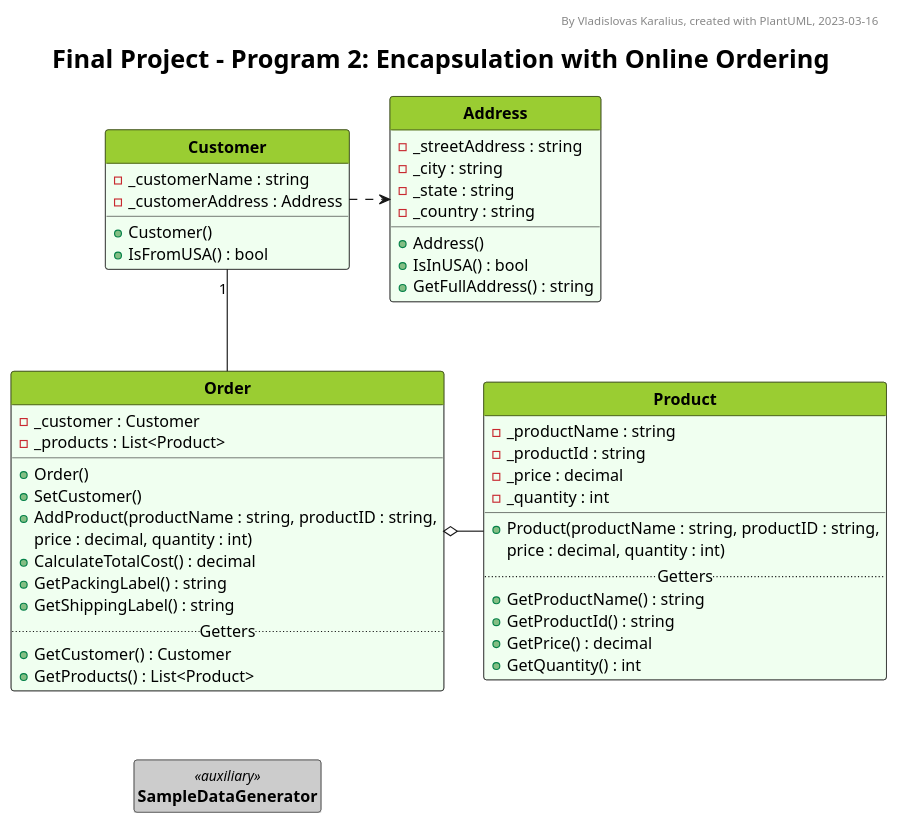
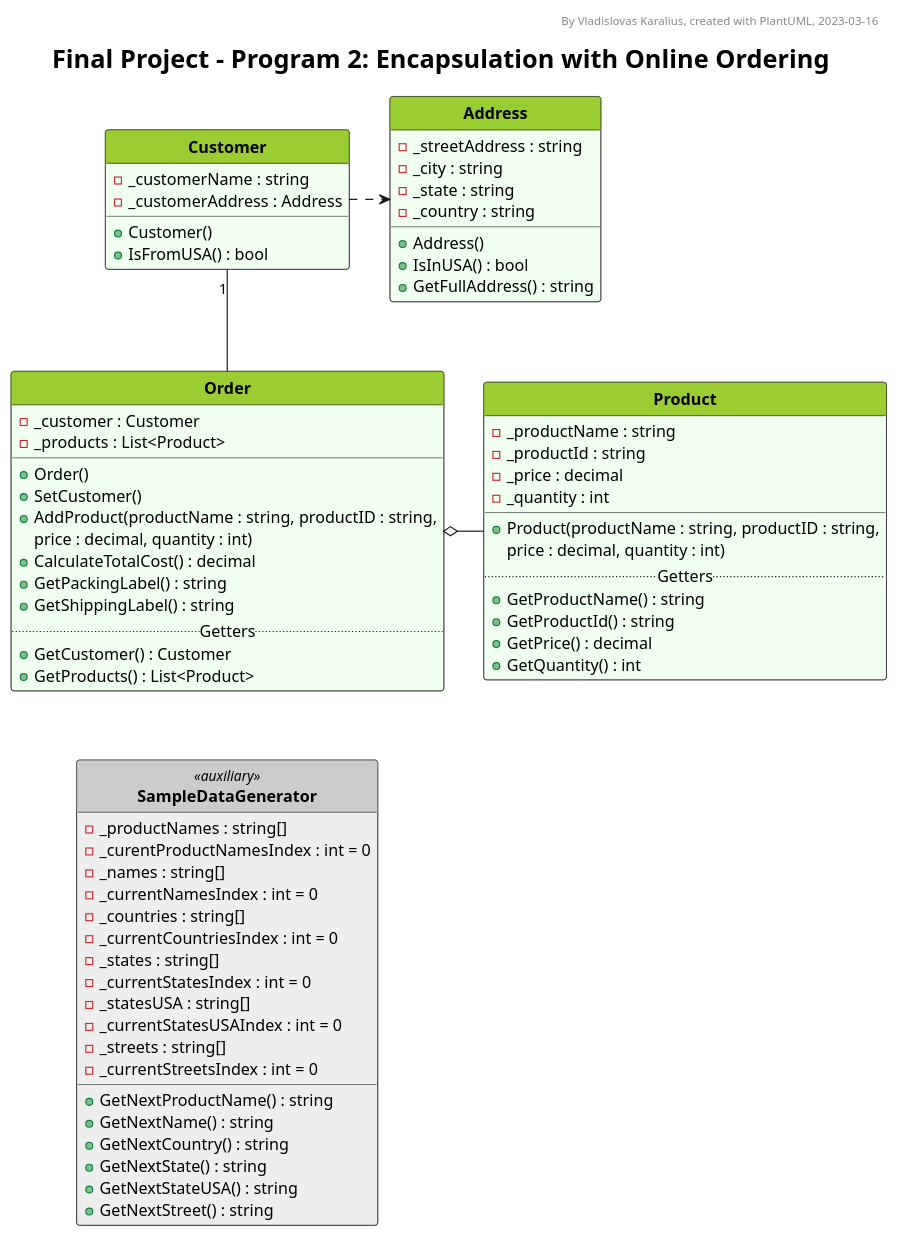
One commit to VladKaralius/cse210-projects changed the diagram in final/Foundation2/UML_diagram.pu. Above: the diagram before and after it, drawn with PlantUML.

Commit message:
Added SampleDataGenerator

```diff
--- a/final/Foundation2/UML_diagram.pu
+++ b/final/Foundation2/UML_diagram.pu
@@ -1,147 +1,164 @@
 @startuml UML_diagram
 
 '--Formatting options--
 hide circle
 hide empty members
 'skinparam classAttributeIconSize 0
 skinparam style strictuml
 'skinparam groupInheritance 2
 'skinparam linetype ortho
 'skinparam Nodesep 15
 'skinparam Ranksep 25
 'left to right direction
 
 '--Styling--
 'skinparam BackgroundColor White/LightGreen
 skinparam TitleFontSize 22
 
 <style>
 classDiagram {
   class {
     '-attributes and methods-
     'FontSize 14
     'FontColor black
     'BackgroundColor #fefece
     BackgroundColor #f0fff0
     'RoundCorner 0
     '-class name-
     header {
       'FontSize 12
       'FontColor Black
       FontStyle bold
       BackgroundColor YellowGreen
     }
     
     ' Alternative class style 1
     .style1 {
       BackgroundColor Bisque
       header {
         BackgroundColor Orange
       }
     }
 
     ' Alternative class style 2
     .auxiliary {
       BackgroundColor #eeeeee
       header {
         BackgroundColor #cccccc
       }
     }
   }
   note {
     BackgroundColor Yellow
   }
   legend {
     FontSize 18
   }
 </style>
 
 '--Header, title, caption--
 header By Vladislovas Karalius, created with PlantUML, 2023-03-16
 title Final Project - Program 2: Encapsulation with Online Ordering
 'caption <:warning:>Constructors without parameters are not shown in this diagram
 
 ' Dummy class that explains visibility symbols
 ' class Markers #dddddd {
 ' Attributes
 ' ..
 ' - private
 ' # protected
 ' + public
 ' {static} static
 ' --
 ' Methods
 ' ..
 ' - private()
 ' # protected()
 ' + public()
 ' {static} static()
 ' }
 
 '--Main--
 class Order {
   - _customer : Customer
   - _products : List<Product> 
   __
   + Order()
   + SetCustomer()
   + AddProduct(productName : string, productID : string,
     price : decimal, quantity : int)
   + CalculateTotalCost() : decimal
   + GetPackingLabel() : string
   + GetShippingLabel() : string
   ..Getters..
   + GetCustomer() : Customer
   + GetProducts() : List<Product>
 }
 
 class Product {
   - _productName : string
   - _productId : string
   - _price : decimal
   - _quantity : int
   __
   + Product(productName : string, productID : string,
     price : decimal, quantity : int)
   ..Getters..
   + GetProductName() : string
   + GetProductId() : string
   + GetPrice() : decimal
   + GetQuantity() : int
 }
 
 class Customer {
 - _customerName : string
 - _customerAddress : Address
 + Customer()
 + IsFromUSA() : bool
 
 }
 
 class Address {
   - _streetAddress : string
   - _city : string
   - _state : string
   - _country : string
   + Address()
   + IsInUSA() : bool
   + GetFullAddress() : string
 }
 
 class SampleDataGenerator <<auxiliary>> {
-
+  - _productNames : string[]
+  - _curentProductNamesIndex : int = 0
+  - _names : string[]
+  - _currentNamesIndex : int = 0
+  - _countries : string[]
+  - _currentCountriesIndex : int = 0
+  - _states : string[]
+  - _currentStatesIndex : int = 0
+  - _statesUSA : string[]
+  - _currentStatesUSAIndex : int = 0
+  - _streets : string[]
+  - _currentStreetsIndex : int = 0
+  + GetNextProductName() : string
+  + GetNextName() : string
+  + GetNextCountry() : string
+  + GetNextState() : string
+  + GetNextStateUSA() : string
+  + GetNextStreet() : string
 }
 
 Order o- Product
 Customer "1" -- Order
 Customer .> Address
 Order .[hidden]. SampleDataGenerator
 
 '--Description--
 ' legend bottom
 ' <size:22>__**Core Requirements**__
 ' The program has one base class **Activity**. This class contains the attributes and methods
 ' that are common to all activities. Certain functions are put into separate classes as follows:
 ' endlegend
 
 @enduml
```
